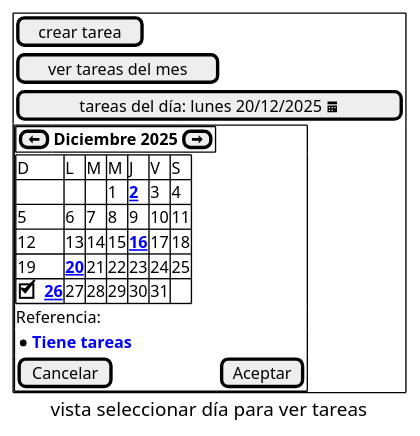
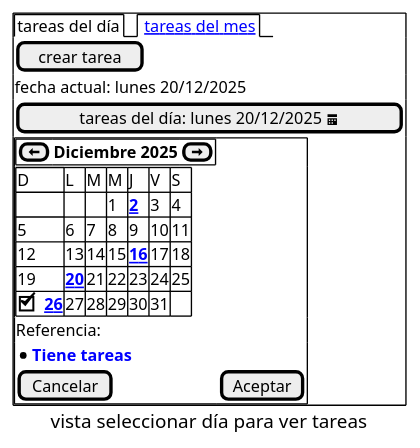
Before and after one commit to esteban4321duran/app-tareas-v1-docs: the diagram in ver-tareas-del-dia/gui-mockups/tareas-del-dia.pu, drawn with PlantUML. The commit also changed 9 other files, not shown here.

```diff
--- a/ver-tareas-del-dia/gui-mockups/tareas-del-dia.pu
+++ b/ver-tareas-del-dia/gui-mockups/tareas-del-dia.pu
@@ -1,26 +1,28 @@
 @startsalt
 caption vista seleccionar día para ver tareas
 {
     {+
+        {/ tareas del día |<u><color:blue> tareas del mes }
         [crear tarea]
-        [ver tareas del mes]
+        
+        fecha actual: lunes 20/12/2025
         [tareas del día: lunes 20/12/2025 <&calendar>]
         {+
             {+
                 [<&arrow-thick-left>]|**Diciembre 2025**|[<&arrow-thick-right>]|
             }
             {#
                 D | L | M | M | J | V | S
                 . | . | . | 1 |<b><u><color:blue>2 | 3 | 4
                 5 | 6 | 7 | 8 | 9 | 10 | 11
                 12 | 13 | 14 | 15 |<b><u><color:blue>16 | 17 | 18
                 19 |<b><u><color:blue>20 | 21 | 22 | 23 | 24 | 25
                 [X]<b><u><color:blue>26 | 27 | 28 | 29 | 30 | 31 | .
             }
             Referencia:
             *<b><color:blue>Tiene tareas
             [Cancelar] | [Aceptar]
         }
     }
 }
 @endsalt
```
